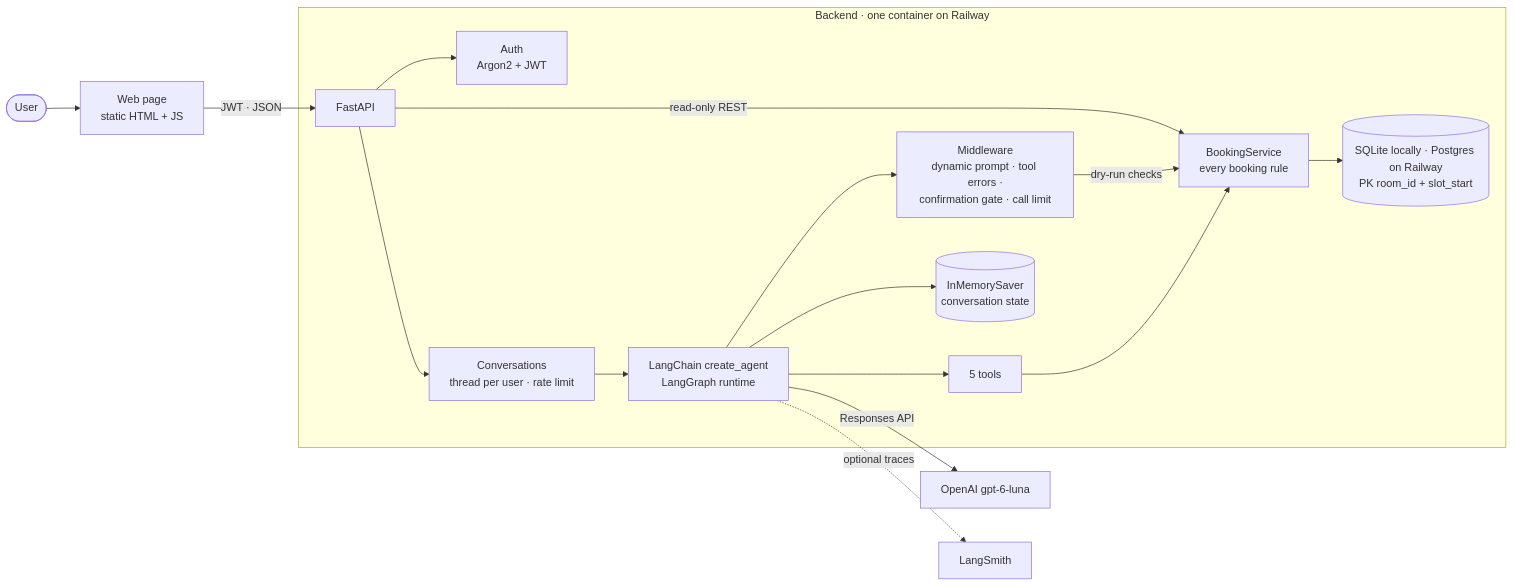
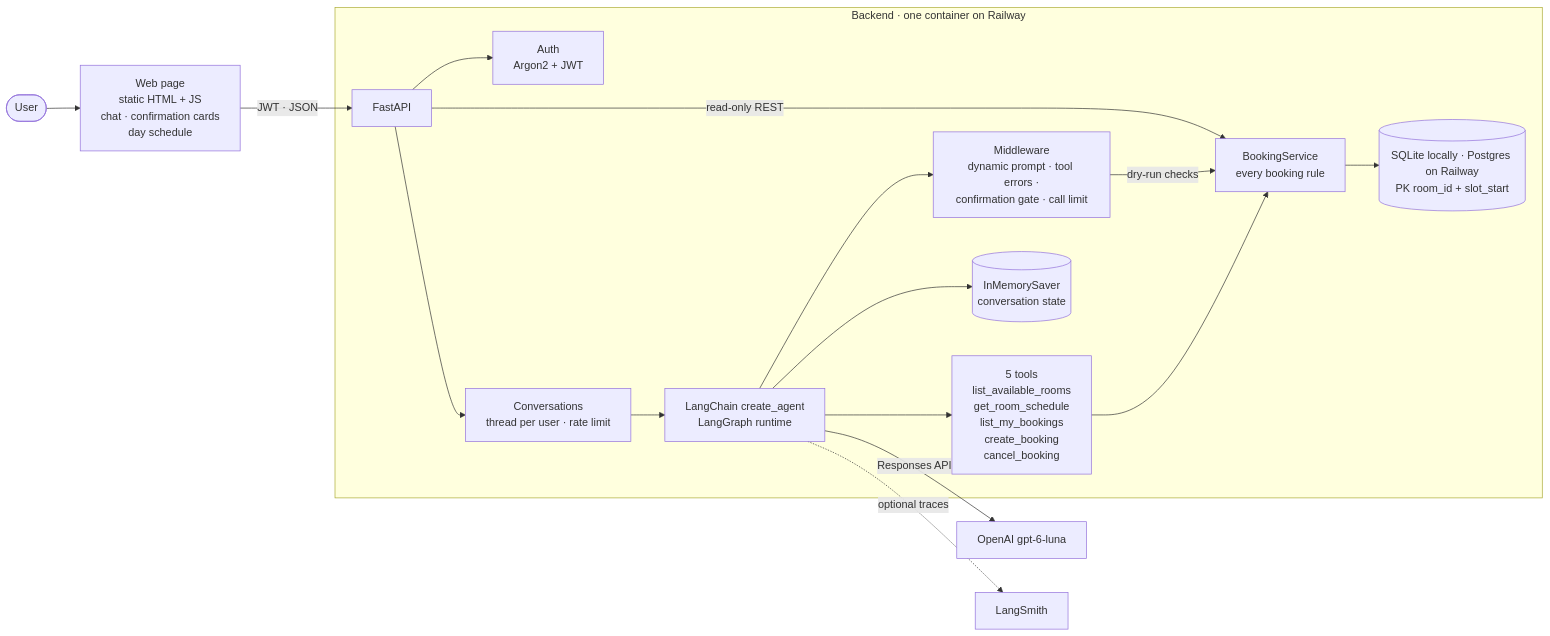
One commit to MatiasL0pez/promtior-room-booking changed the first of 2 diagrams in doc/architecture.md. Above: the diagram before and after it, drawn with Mermaid. The commit also changed other lines of this file and 5 other files, not shown here.

First line of the commit message:
Bring the documentation up to date and make the diagrams readable

````diff
--- a/doc/architecture.md
+++ b/doc/architecture.md
@@ -7,19 +7,19 @@
 ```mermaid
 flowchart LR
-    user([User]) --> ui[Web page<br/>static HTML + JS]
+    user([User]) --> ui[Web page<br/>static HTML + JS<br/>chat · confirmation cards<br/>day schedule]
     ui -- "JWT · JSON" --> api[FastAPI]
     subgraph backend [Backend · one container on Railway]
         api --> auth[Auth<br/>Argon2 + JWT]
         api --> chat[Conversations<br/>thread per user · rate limit]
         chat --> agent[LangChain create_agent<br/>LangGraph runtime]
         agent --> middleware[Middleware<br/>dynamic prompt · tool errors ·<br/>confirmation gate · call limit]
-        agent --> tools[5 tools]
+        agent --> tools[5 tools<br/>list_available_rooms<br/>get_room_schedule<br/>list_my_bookings<br/>create_booking<br/>cancel_booking]
         tools --> service[BookingService<br/>every booking rule]
         middleware -- dry-run checks --> service
         api -- read-only REST --> service
         service --> db[(SQLite locally · Postgres on Railway<br/>PK room_id + slot_start)]
         agent --> memory[(InMemorySaver<br/>conversation state)]
     end
     agent -- Responses API --> openai[OpenAI gpt-6-luna]
     agent -. optional traces .-> langsmith[LangSmith]
 ```
````
